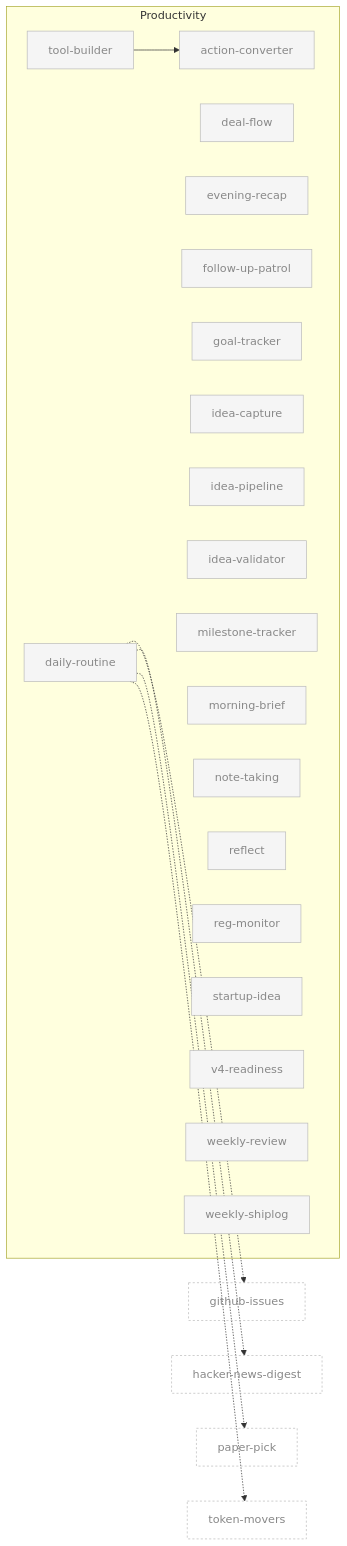
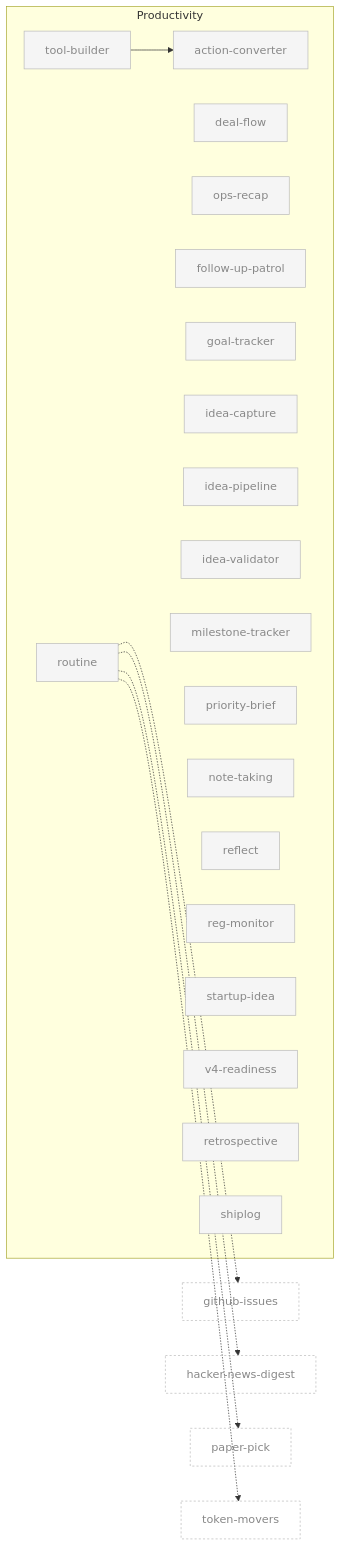
The ninth of 10 diagrams in docs/skill-graph.md (aeonfun/aeon), drawn with Mermaid before and after one commit. The commit also changed other lines of this file and 28 other files, not shown here.

First line of the commit message:
refactor(skills)!: rename temporal skill slugs to cadence-neutral names

````diff
--- a/docs/skill-graph.md
+++ b/docs/skill-graph.md
@@ -508,62 +508,62 @@
 ```mermaid
 flowchart LR
     subgraph productivity ["Productivity"]
         action-converter[action-converter]
-        daily-routine[daily-routine]
+        routine[routine]
         deal-flow[deal-flow]
-        evening-recap[evening-recap]
+        ops-recap[ops-recap]
         follow-up-patrol[follow-up-patrol]
         goal-tracker[goal-tracker]
         idea-capture[idea-capture]
         idea-pipeline[idea-pipeline]
         idea-validator[idea-validator]
         milestone-tracker[milestone-tracker]
-        morning-brief[morning-brief]
+        priority-brief[priority-brief]
         note-taking[note-taking]
         reflect[reflect]
         reg-monitor[reg-monitor]
         startup-idea[startup-idea]
         tool-builder[tool-builder]
         v4-readiness[v4-readiness]
-        weekly-review[weekly-review]
-        weekly-shiplog[weekly-shiplog]
+        retrospective[retrospective]
+        shiplog[shiplog]
     end
 
     github-issues[github-issues]:::external
     hacker-news-digest[hacker-news-digest]:::external
     paper-pick[paper-pick]:::external
     token-movers[token-movers]:::external
 
     tool-builder --> action-converter
-    daily-routine -.-> token-movers
-    daily-routine -.-> paper-pick
-    daily-routine -.-> github-issues
-    daily-routine -.-> hacker-news-digest
+    routine -.-> token-movers
+    routine -.-> paper-pick
+    routine -.-> github-issues
+    routine -.-> hacker-news-digest
 
     classDef default fill:#f5f5f5,stroke:#bbb,color:#888
     classDef enabled fill:#fff,stroke:#000,stroke-width:2px,color:#000
     classDef external fill:none,stroke:#bbb,stroke-dasharray:3 3,color:#888
     click action-converter "../skills/action-converter/SKILL.md"
-    click daily-routine "../skills/daily-routine/SKILL.md"
+    click routine "../skills/routine/SKILL.md"
     click deal-flow "../skills/deal-flow/SKILL.md"
-    click evening-recap "../skills/evening-recap/SKILL.md"
+    click ops-recap "../skills/ops-recap/SKILL.md"
     click follow-up-patrol "../skills/follow-up-patrol/SKILL.md"
     click goal-tracker "../skills/goal-tracker/SKILL.md"
     click idea-capture "../skills/idea-capture/SKILL.md"
     click idea-pipeline "../skills/idea-pipeline/SKILL.md"
     click idea-validator "../skills/idea-validator/SKILL.md"
     click milestone-tracker "../skills/milestone-tracker/SKILL.md"
-    click morning-brief "../skills/morning-brief/SKILL.md"
+    click priority-brief "../skills/priority-brief/SKILL.md"
     click note-taking "../skills/note-taking/SKILL.md"
     click reflect "../skills/reflect/SKILL.md"
     click reg-monitor "../skills/reg-monitor/SKILL.md"
     click startup-idea "../skills/startup-idea/SKILL.md"
     click tool-builder "../skills/tool-builder/SKILL.md"
     click v4-readiness "../skills/v4-readiness/SKILL.md"
-    click weekly-review "../skills/weekly-review/SKILL.md"
-    click weekly-shiplog "../skills/weekly-shiplog/SKILL.md"
+    click retrospective "../skills/retrospective/SKILL.md"
+    click shiplog "../skills/shiplog/SKILL.md"
     click github-issues "../skills/github-issues/SKILL.md"
     click hacker-news-digest "../skills/hacker-news-digest/SKILL.md"
     click paper-pick "../skills/paper-pick/SKILL.md"
     click token-movers "../skills/token-movers/SKILL.md"
 ```
````
